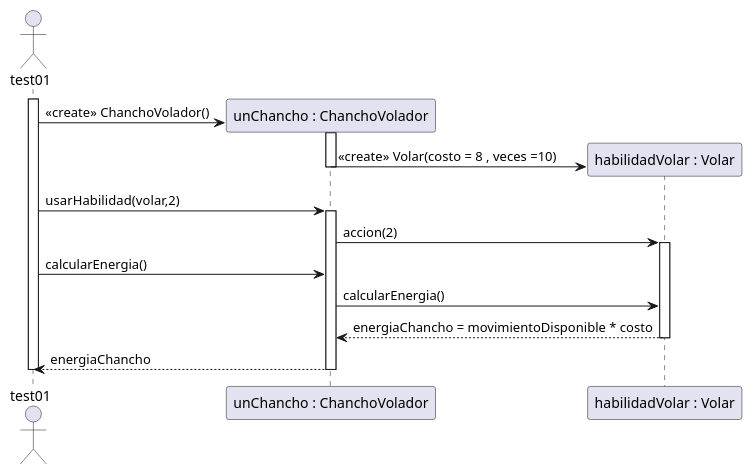
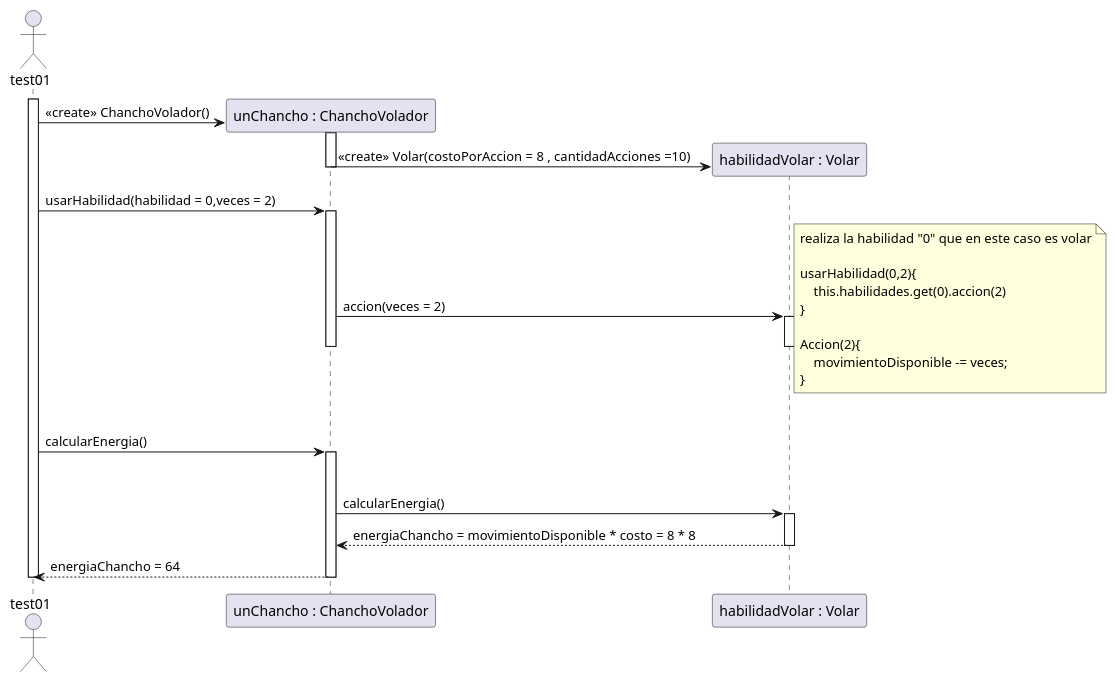
One commit to Mortha4/algoritmos3-parciales-Suarez changed the diagram in GranjaOrson1C2026/diagrama/casoDeUso1.puml. Above: the diagram before and after it, drawn with PlantUML. The commit also changed 23 other files, not shown here.

```diff
--- a/GranjaOrson1C2026/diagrama/casoDeUso1.puml
+++ b/GranjaOrson1C2026/diagrama/casoDeUso1.puml
@@ -1,36 +1,60 @@
 @startuml
 
 'calcular energia de chancho volador despues de 2 aleteos'
 
 
 actor test01
 activate test01
 
 create participant "unChancho : ChanchoVolador" as chancho1
 test01 -> chancho1 : <<create>> ChanchoVolador()
 create participant "habilidadVolar : Volar" as volarChancho
 activate chancho1
-chancho1 -> volarChancho : <<create>> Volar(costo = 8 , veces =10)
+chancho1 -> volarChancho : <<create>> Volar(costoPorAccion = 8 , cantidadAcciones =10)
 deactivate chancho1
 
 
    
-test01 -> chancho1 : usarHabilidad(volar,2)
+test01 -> chancho1 : usarHabilidad(habilidad = 0,veces = 2)
 activate chancho1
-chancho1 -> volarChancho: accion(2)
+chancho1 -> volarChancho: accion(veces = 2)
 activate volarChancho
+deactivate chancho1
+deactivate volarChancho
+
+note right
+    realiza la habilidad "0" que en este caso es volar
+
+    usarHabilidad(0,2){
+        this.habilidades.get(0).accion(2)
+    }
+
+    Accion(2){
+        movimientoDisponible -= veces;
+    }
+end note
+
+
+
+
+
 test01 -> chancho1 : calcularEnergia()
+activate chancho1
+deactivate volarChancho
 chancho1 -> volarChancho : calcularEnergia()
-volarChancho --> chancho1 : energiaChancho = movimientoDisponible * costo
-deactivate volarChancho
-chancho1 --> test01 : energiaChancho
+
+
+activate volarChancho
+volarChancho --> chancho1 : energiaChancho = movimientoDisponible * costo = 8 * 8 
+deactivate volarChancho 
+chancho1 --> test01 : energiaChancho = 64
 deactivate chancho1
 deactivate test01
 
 
 
 
 
 
 
 @enduml
```
